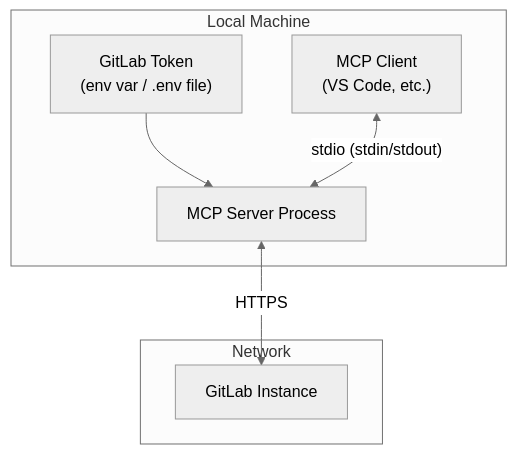
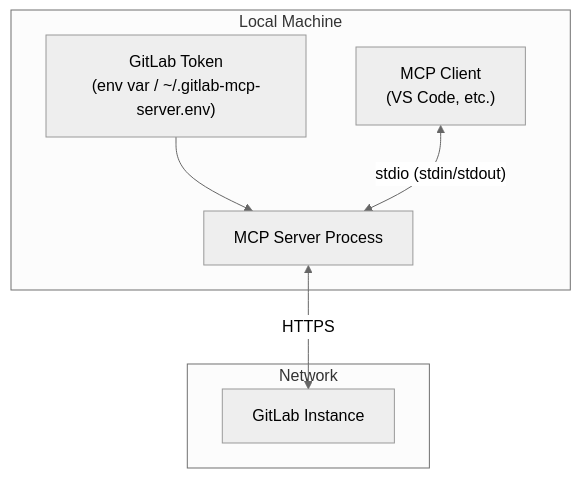
One commit to jmrplens/gitlab-mcp-server changed the diagram in site/src/content/docs/operations/security.mdx. Above: the diagram before and after it, drawn with Mermaid (neutral theme). The commit also changed other lines of this file and 197 other files, not shown here.

````diff
--- a/site/src/content/docs/operations/security.mdx
+++ b/site/src/content/docs/operations/security.mdx
@@ -22,15 +22,15 @@
 ```mermaid
 flowchart TB
     subgraph Local["Local Machine"]
-        Token["GitLab Token<br/>(env var / .env file)"]
+        Token["GitLab Token<br/>(env var / ~/.gitlab-mcp-server.env)"]
         Server["MCP Server Process"]
         Client["MCP Client<br/>(VS Code, etc.)"]
     end
     subgraph Remote["Network"]
         GitLab["GitLab Instance"]
     end
 
     Token --> Server
     Client <-->|"stdio (stdin/stdout)"| Server
     Server <-->|"HTTPS"| GitLab
 ```
````
